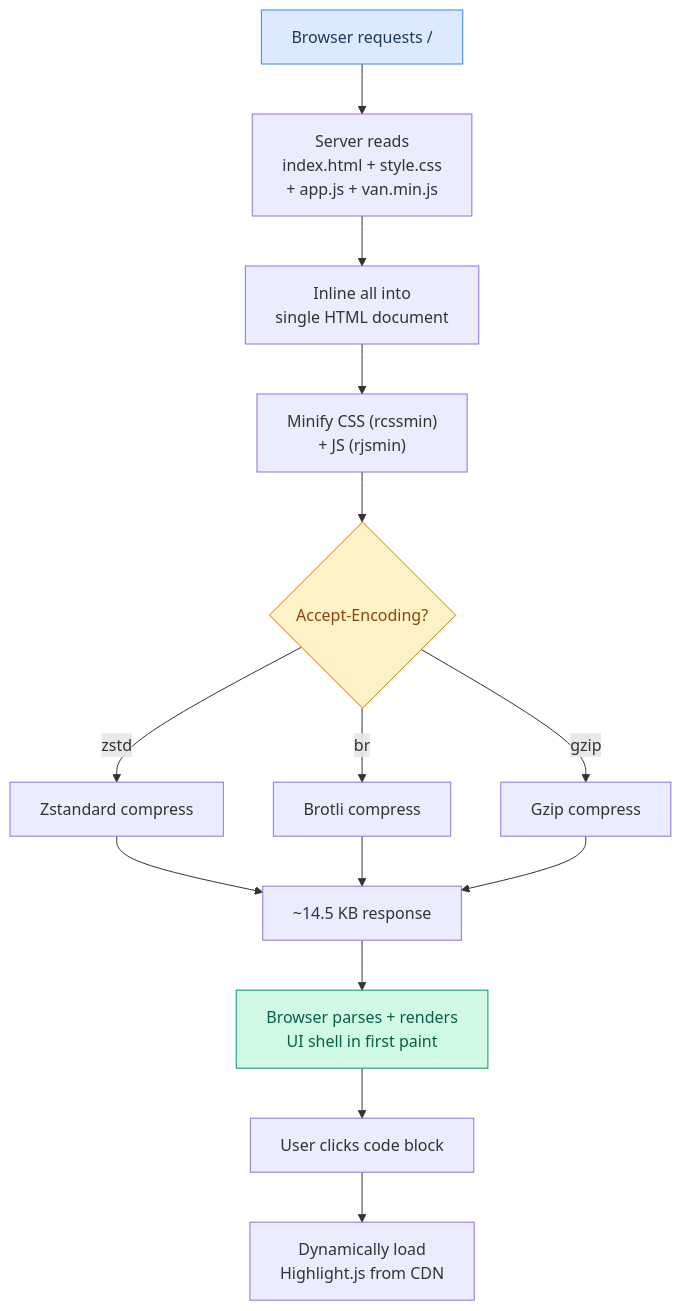
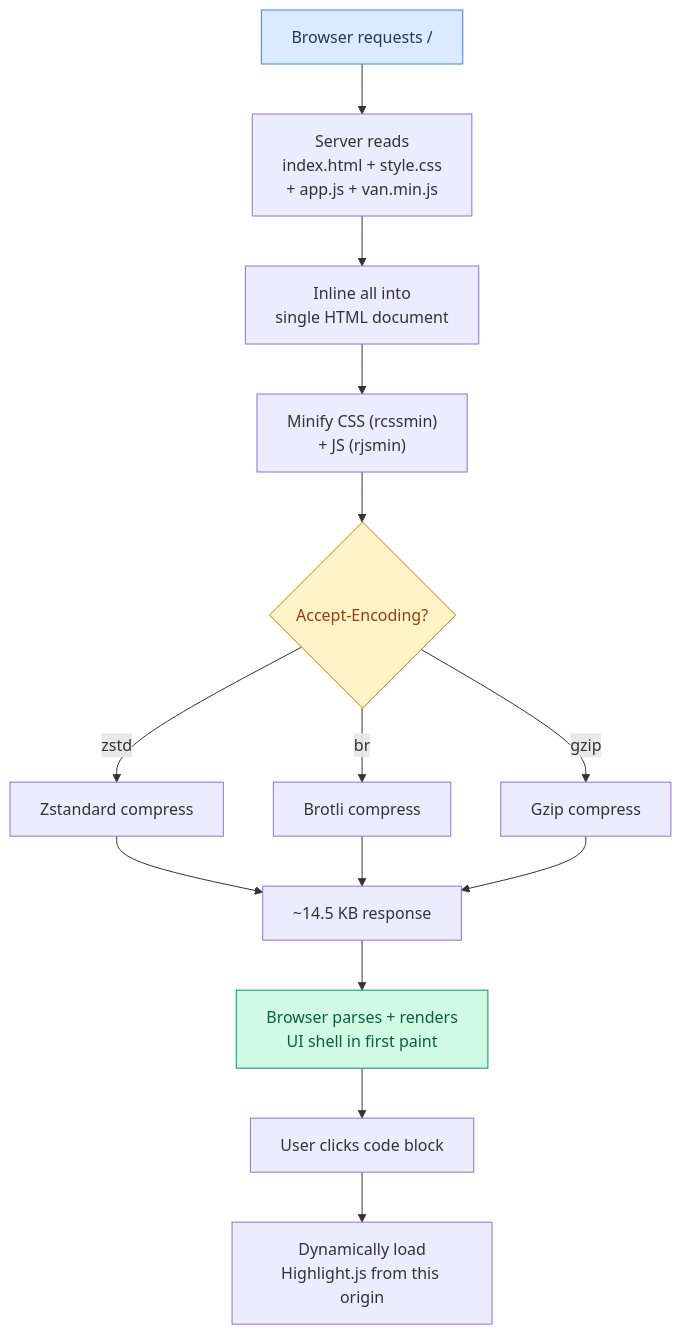
Diagram 16 of 17 in docs/USER_STORIES.md (maci0/recoverage), drawn with Mermaid before and after one commit. The commit also changed other lines of this file and 7 other files, not shown here.

````diff
--- a/docs/USER_STORIES.md
+++ b/docs/USER_STORIES.md
@@ -495,21 +495,21 @@
 ```mermaid
 graph TD
     A["Browser requests /"] --> B["Server reads<br/>index.html + style.css<br/>+ app.js + van.min.js"]
     B --> C["Inline all into<br/>single HTML document"]
     C --> D["Minify CSS (rcssmin)<br/>+ JS (rjsmin)"]
     D --> E{"Accept-Encoding?"}
     E -->|zstd| F["Zstandard compress"]
     E -->|br| G["Brotli compress"]
     E -->|gzip| H["Gzip compress"]
     F --> I["~14.5 KB response"]
     G --> I
     H --> I
     I --> J["Browser parses + renders<br/>UI shell in first paint"]
 
     J --> K["User clicks code block"]
-    K --> L["Dynamically load<br/>Highlight.js from CDN"]
+    K --> L["Dynamically load<br/>Highlight.js from this origin"]
 
     style A fill:#dbeafe,stroke:#3b82f6,color:#1e3a5f
     style J fill:#d1fae5,stroke:#059669,color:#065f46
     style E fill:#fef3c7,stroke:#d97706,color:#92400e
 ```
````
